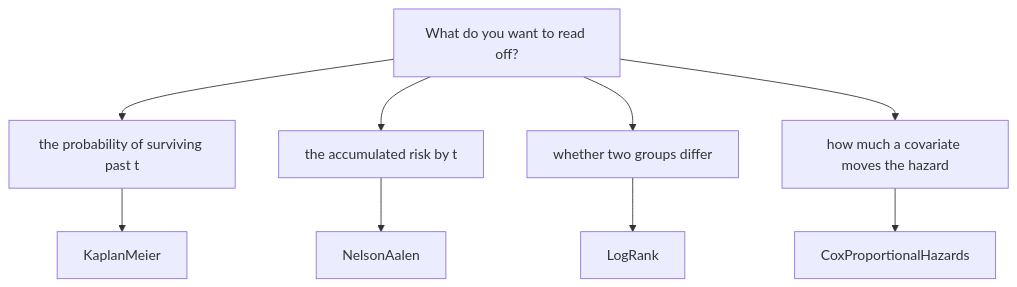
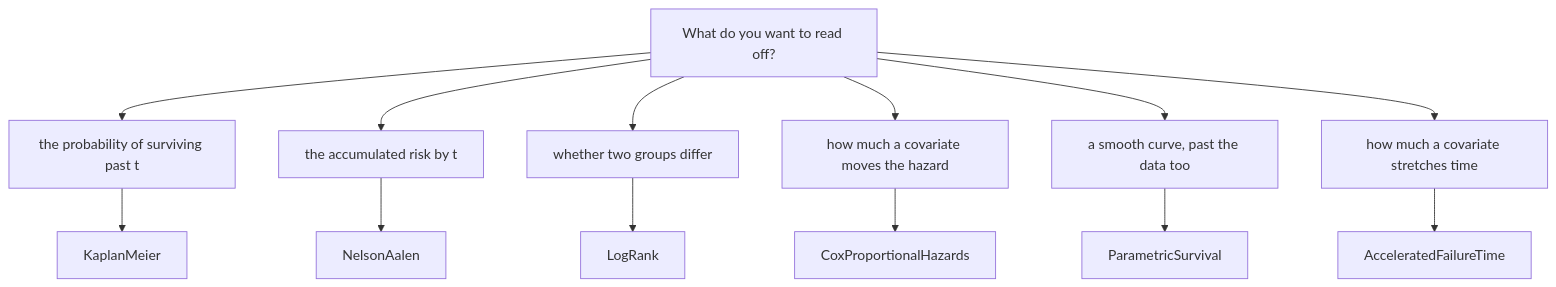
The diagram in docs/reference/survival/estimators.md (CyrilB1531/lodestar), drawn with Mermaid before and after one commit. The commit also changed other lines of this file and 90 other files, not shown here.

First line of the commit message:
Add lifelines' parametric survival fits, the AFT regressions, left and interval censoring, and the Breslow-Fleming-Harrington curve

````diff
--- a/docs/reference/survival/estimators.md
+++ b/docs/reference/survival/estimators.md
@@ -20,11 +25,15 @@
 ```mermaid
 flowchart TD
     A["What do you want to read off?"] --> B["the probability of surviving past t"]
     A --> C["the accumulated risk by t"]
     A --> D["whether two groups differ"]
     A --> H["how much a covariate moves the hazard"]
     B --> E["KaplanMeier"]
     C --> F["NelsonAalen"]
     D --> G["LogRank"]
     H --> I["CoxProportionalHazards"]
+    A --> J["a smooth curve, past the data too"]
+    J --> K["ParametricSurvival"]
+    A --> L["how much a covariate stretches time"]
+    L --> M["AcceleratedFailureTime"]
 ```
````
